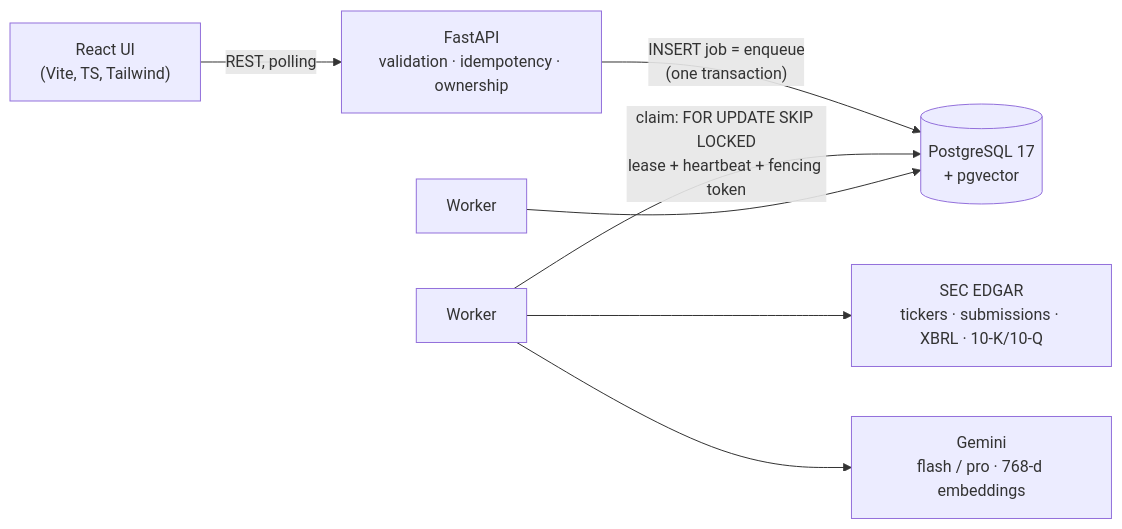
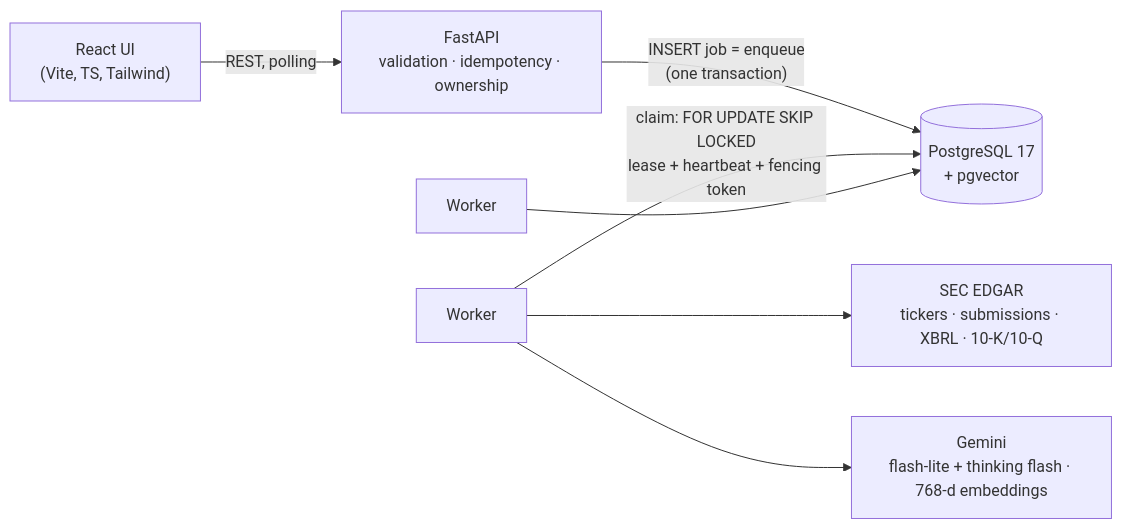
The diagram in README.md (asequas/finresearch-ai), drawn with Mermaid before and after one commit. The commit also changed 3 other files, not shown here.

First line of the commit message:
fix: Gemini rejects integer enums in response schemas

````diff
--- a/README.md
+++ b/README.md
@@ -22,9 +22,9 @@
 ```mermaid
 flowchart LR
   UI["React UI<br/>(Vite, TS, Tailwind)"] -- "REST, polling" --> API["FastAPI<br/>validation · idempotency · ownership"]
   API -- "INSERT job = enqueue<br/>(one transaction)" --> PG[("PostgreSQL 17<br/>+ pgvector")]
   W1["Worker"] -- "claim: FOR UPDATE SKIP LOCKED<br/>lease + heartbeat + fencing token" --> PG
   W2["Worker"] --> PG
   W1 --> SEC["SEC EDGAR<br/>tickers · submissions · XBRL · 10-K/10-Q"]
-  W1 --> GEM["Gemini<br/>flash / pro · 768-d embeddings"]
+  W1 --> GEM["Gemini<br/>flash-lite + thinking flash · 768-d embeddings"]
 ```
````
